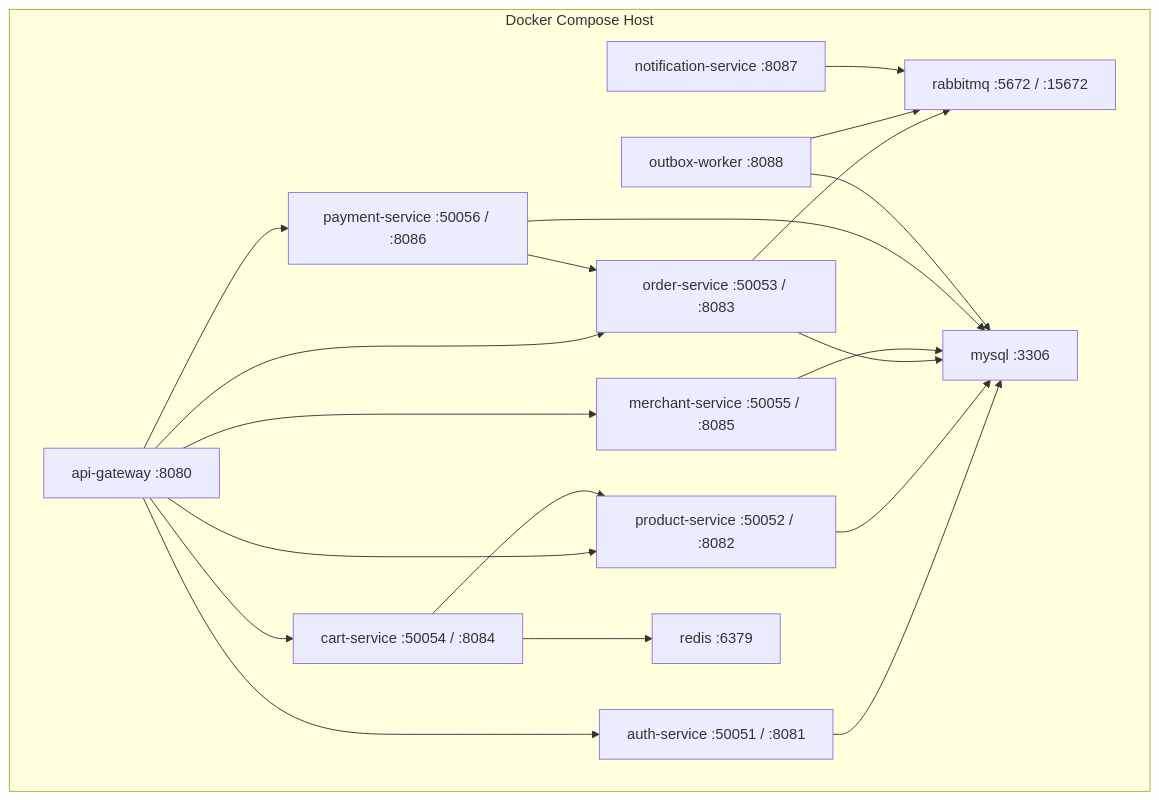
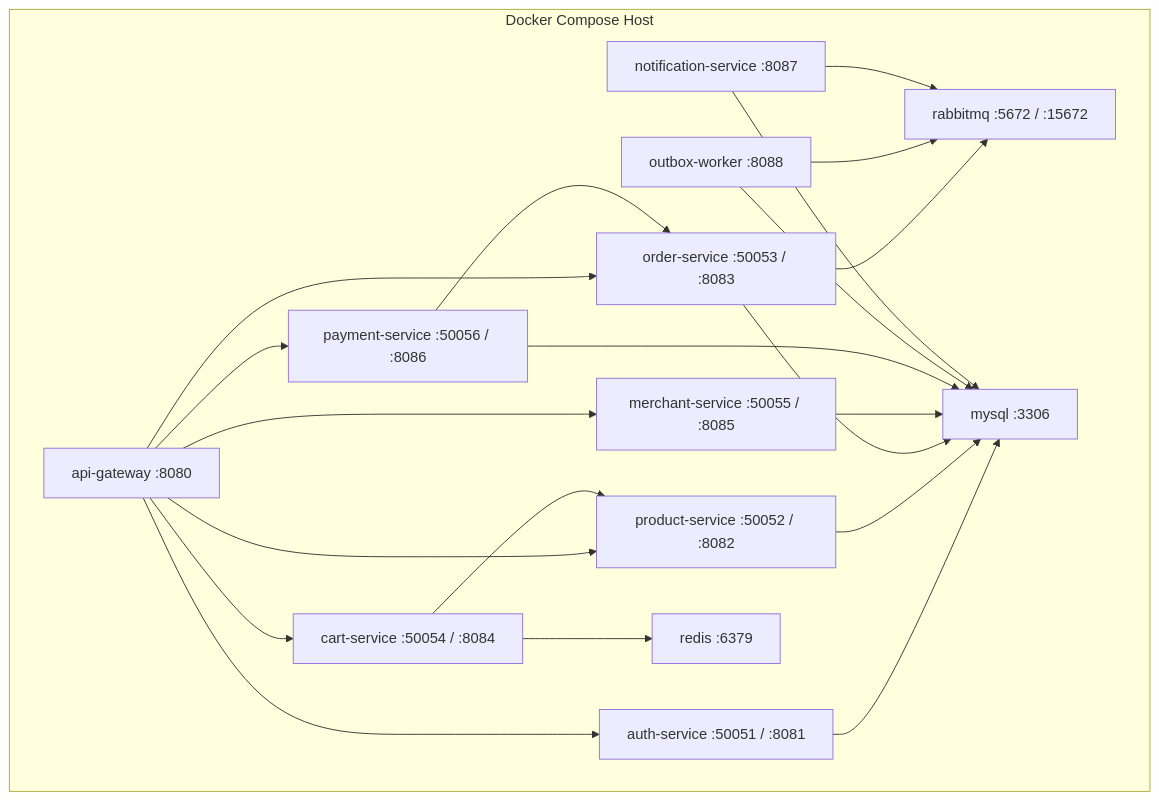
The seventh of 7 diagrams in docs/TECHNICAL_DOCUMENT.md (SymphonyW/Go-Commerce), drawn with Mermaid before and after one commit. The commit also changed other lines of this file and 17 other files, not shown here.

````diff
--- a/docs/TECHNICAL_DOCUMENT.md
+++ b/docs/TECHNICAL_DOCUMENT.md
@@ -418,36 +442,37 @@
 ```mermaid
 flowchart TB
     subgraph Host["Docker Compose Host"]
         GW["api-gateway :8080"]
         AUTH["auth-service :50051 / :8081"]
         PRODUCT["product-service :50052 / :8082"]
         ORDER["order-service :50053 / :8083"]
         CART["cart-service :50054 / :8084"]
         MERCHANT["merchant-service :50055 / :8085"]
         PAYMENT["payment-service :50056 / :8086"]
         NOTIFY["notification-service :8087"]
         OUTBOX["outbox-worker :8088"]
         MYSQL["mysql :3306"]
         REDIS["redis :6379"]
         RABBIT["rabbitmq :5672 / :15672"]
     end
 
     GW --> AUTH
     GW --> PRODUCT
     GW --> ORDER
     GW --> CART
     GW --> MERCHANT
     GW --> PAYMENT
     CART --> PRODUCT
     PAYMENT --> ORDER
     ORDER --> RABBIT
     OUTBOX --> RABBIT
     NOTIFY --> RABBIT
     AUTH --> MYSQL
     PRODUCT --> MYSQL
     ORDER --> MYSQL
     MERCHANT --> MYSQL
     PAYMENT --> MYSQL
     OUTBOX --> MYSQL
+    NOTIFY --> MYSQL
     CART --> REDIS
 ```
````
